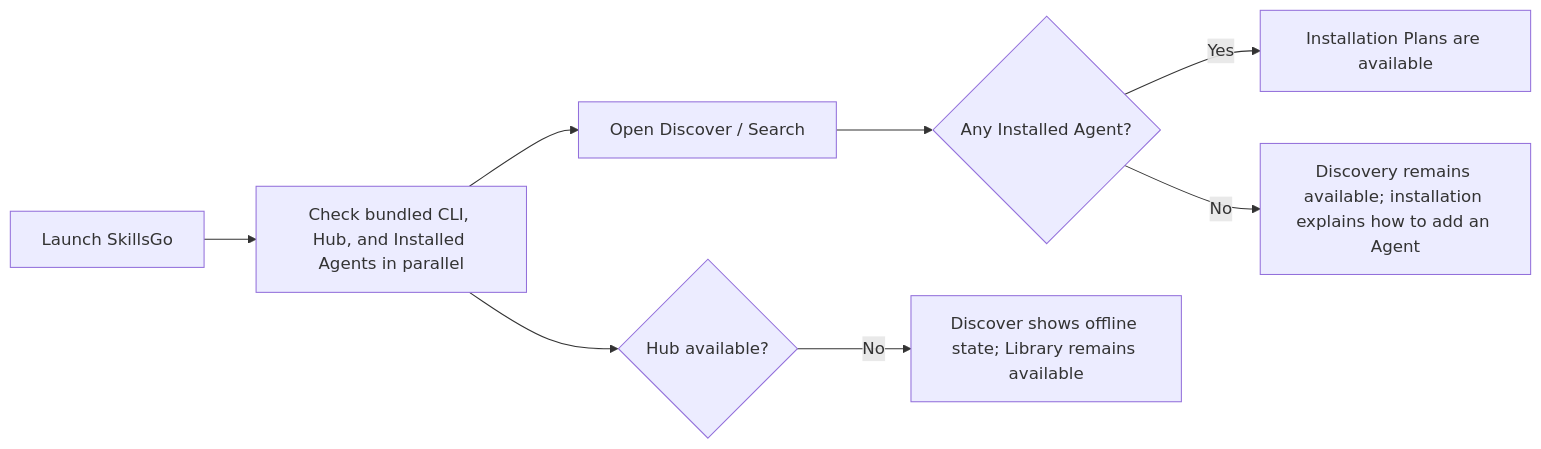
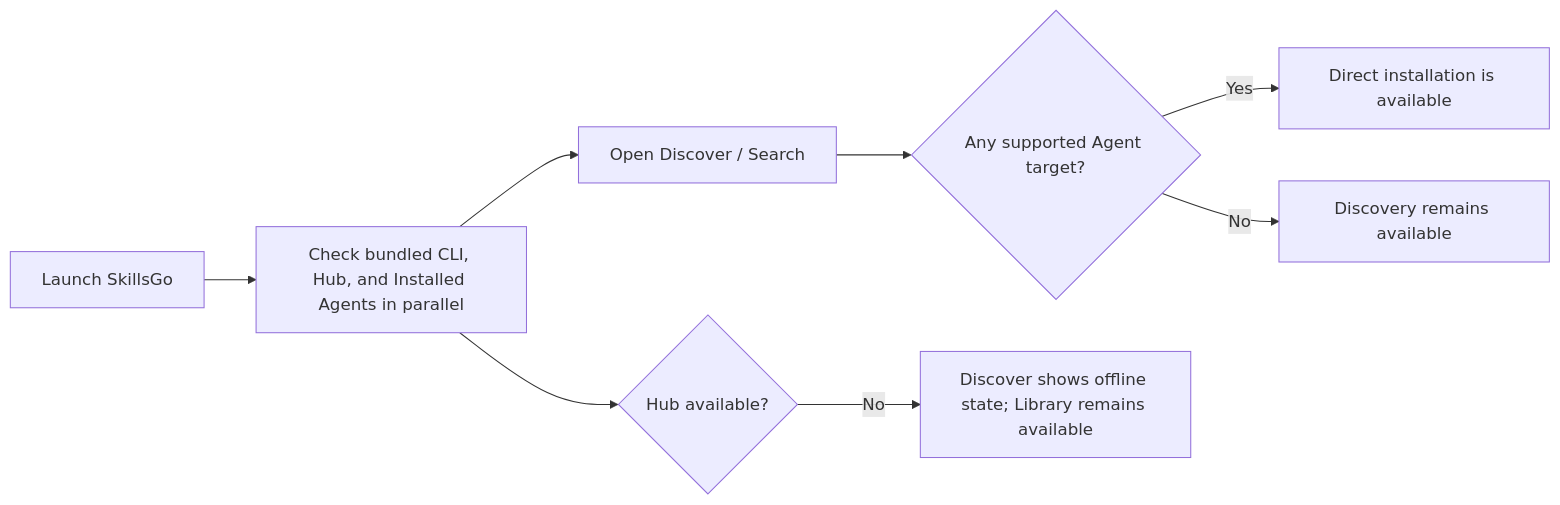
Before and after one commit to skillsgo/skillsgo: the diagram in app/docs/user-routes.md, drawn with Mermaid. The commit also changed other lines of this file and 40 other files, not shown here.

````diff
--- a/app/docs/user-routes.md
+++ b/app/docs/user-routes.md
@@ -81,10 +81,10 @@
 ```mermaid
 flowchart LR
     A["Launch SkillsGo"] --> B["Check bundled CLI, Hub, and Installed Agents in parallel"]
     B --> C["Open Discover / Search"]
-    C --> D{"Any Installed Agent?"}
-    D -->|Yes| E["Installation Plans are available"]
-    D -->|No| F["Discovery remains available; installation explains how to add an Agent"]
+    C --> D{"Any supported Agent target?"}
+    D -->|Yes| E["Direct installation is available"]
+    D -->|No| F["Discovery remains available"]
     B --> G{"Hub available?"}
     G -->|No| H["Discover shows offline state; Library remains available"]
 ```
````
